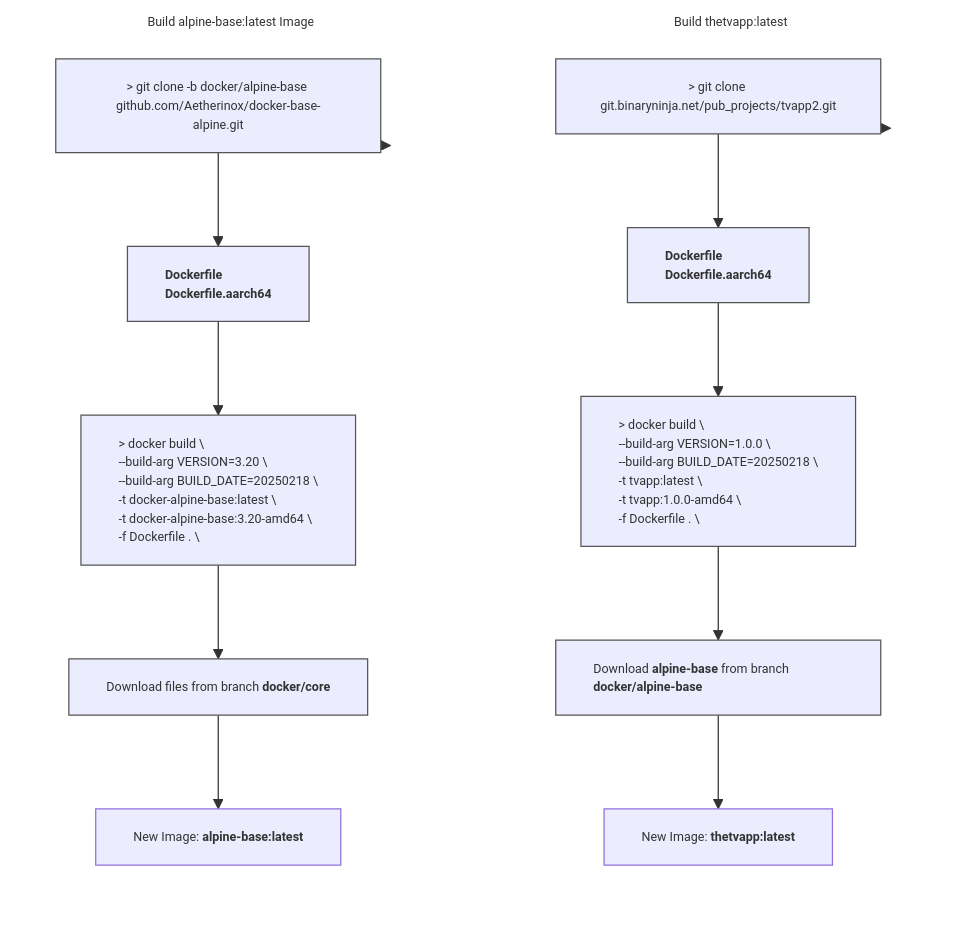
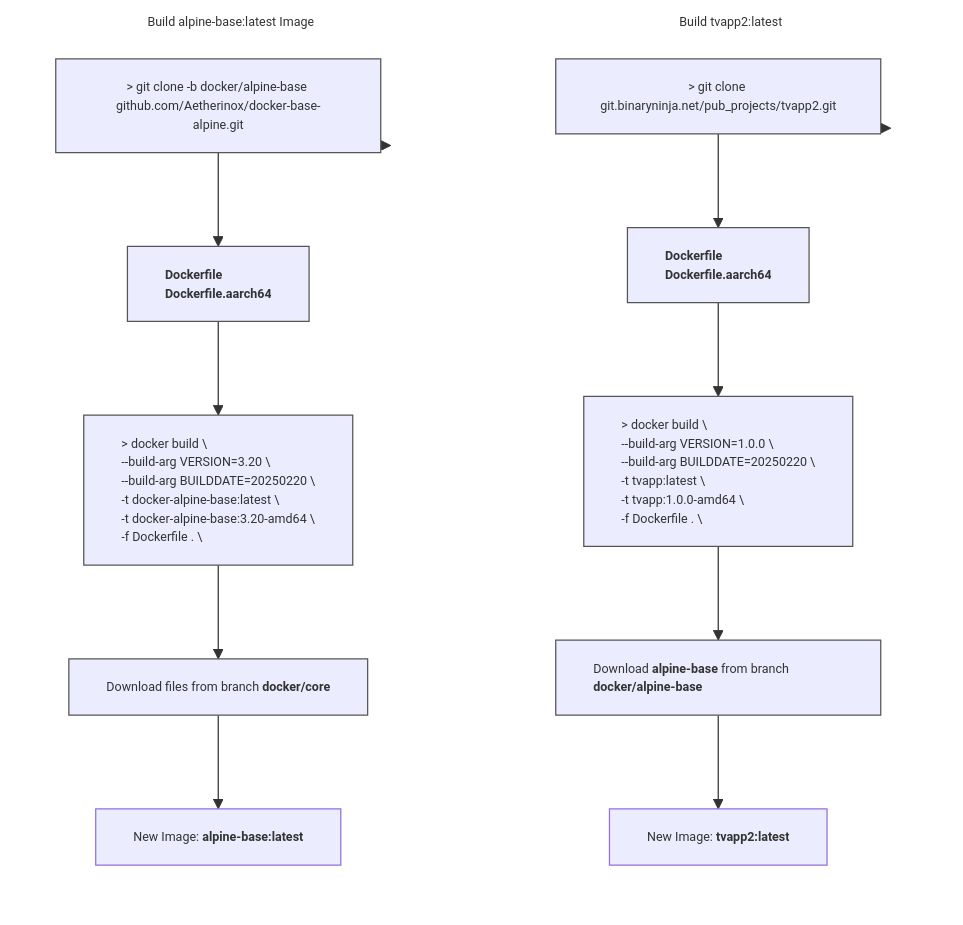
One commit to aetherinox/docker-base-alpine changed the diagram in README.md. Above: the diagram before and after it, drawn with Mermaid. The commit also changed other lines of this file and 3 other files, not shown here.

Commit message:
chore: change `BUILD_DATE` to `BUILDDATE`

````diff
--- a/README.md
+++ b/README.md
@@ -228,51 +228,51 @@
 ```mermaid
 %%{init: { 'themeVariables': { 'fontSize': '10px' }}}%%
 flowchart TB
 
-subgraph GRAPH_TVAPP ["Build thetvapp:latest"]
+subgraph GRAPH_TVAPP ["Build tvapp2:latest"]
     direction TB
     obj_step10["`&gt; git clone git.binaryninja.net/pub_projects/tvapp2.git`"]
     obj_step11["`**Dockerfile
      Dockerfile.aarch64**`"]
     obj_step12["`&gt; docker build &bsol;
     --build-arg VERSION=1.0.0 &bsol;
-    --build-arg BUILD_DATE=20250218 &bsol;
+    --build-arg BUILDDATE=20250220 &bsol;
     -t tvapp:latest &bsol;
     -t tvapp:1.0.0-amd64 &bsol;
     -f Dockerfile . &bsol;`"]
     obj_step13["`Download **alpine-base** from branch **docker/alpine-base**`"]
-    obj_step14["`New Image: **thetvapp:latest**`"]
+    obj_step14["`New Image: **tvapp2:latest**`"]
 
     style obj_step10 text-align:center,stroke-width:1px,stroke:#555
     style obj_step11 text-align:left,stroke-width:1px,stroke:#555
     style obj_step12 text-align:left,stroke-width:1px,stroke:#555
     style obj_step13 text-align:left,stroke-width:1px,stroke:#555
 end
 
 style GRAPH_TVAPP text-align:center,stroke-width:1px,stroke:transparent,fill:transparent
 
 subgraph GRAPH_ALPINE["Build alpine-base:latest Image"]
 direction TB
     obj_step20["`&gt; git clone -b docker/alpine-base github.com/Aetherinox/docker-base-alpine.git`"]
     obj_step21["`**Dockerfile
      Dockerfile.aarch64**`"]
     obj_step22["`&gt; docker build &bsol;
     --build-arg VERSION=3.20 &bsol;
-    --build-arg BUILD_DATE=20250218 &bsol;
+    --build-arg BUILDDATE=20250220 &bsol;
     -t docker-alpine-base:latest &bsol;
     -t docker-alpine-base:3.20-amd64 &bsol;
     -f Dockerfile . &bsol;`"]
     obj_step23["`Download files from branch **docker/core**`"]
     obj_step24["`New Image: **alpine-base:latest**`"]
 
     style obj_step20 text-align:center,stroke-width:1px,stroke:#555
     style obj_step21 text-align:left,stroke-width:1px,stroke:#555
     style obj_step22 text-align:left,stroke-width:1px,stroke:#555
     style obj_step23 text-align:left,stroke-width:1px,stroke:#555
 end
 
 style GRAPH_ALPINE text-align:center,stroke-width:1px,stroke:transparent,fill:transparent
 
 GRAPH_TVAPP --> obj_step10 --> obj_step11 --> obj_step12 --> obj_step13 --> obj_step14
 GRAPH_ALPINE --> obj_step20 --> obj_step21 --> obj_step22 --> obj_step23 --> obj_step24
 ```
````
